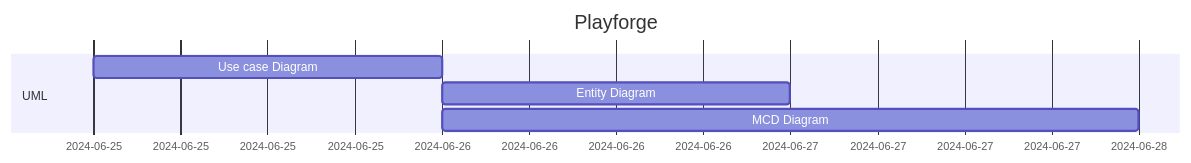
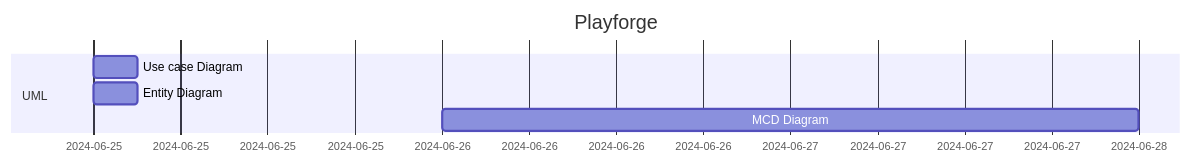
One commit to JameS-Gmz/api-Rest changed the first of 3 diagrams in README.md. Above: the diagram before and after it, drawn with Mermaid.

````diff
--- a/README.md
+++ b/README.md
@@ -45,9 +45,9 @@
 ```mermaid
 gantt
     title Playforge
     dateFormat MM-DD
     section UML
-        Use case Diagram    : 06-25, 1d
-        Entity Diagram    : 06-26, 1d
+        Use case Diagram    : 06-25, 3h
+        Entity Diagram    : 06-25, 3h
         MCD Diagram    : 06-26, 2d
 ```
````
